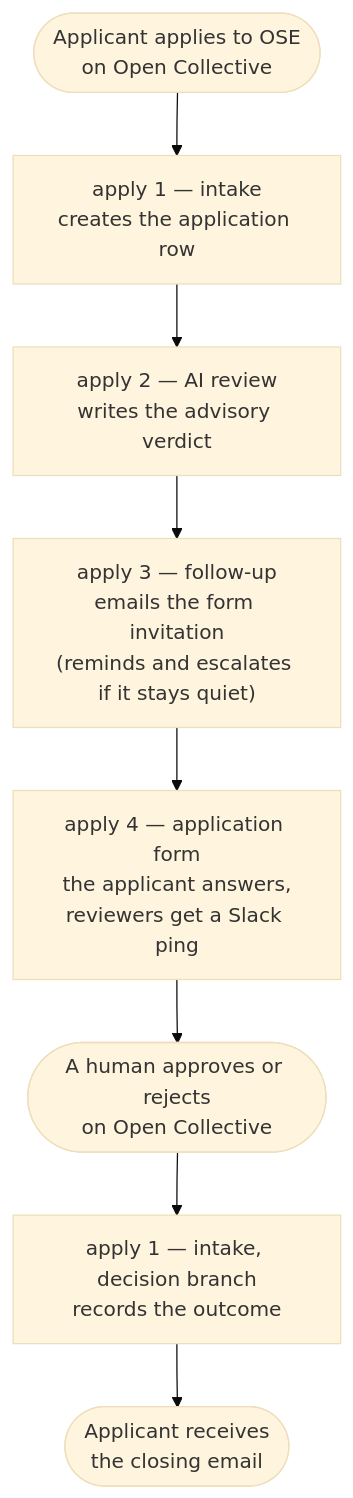
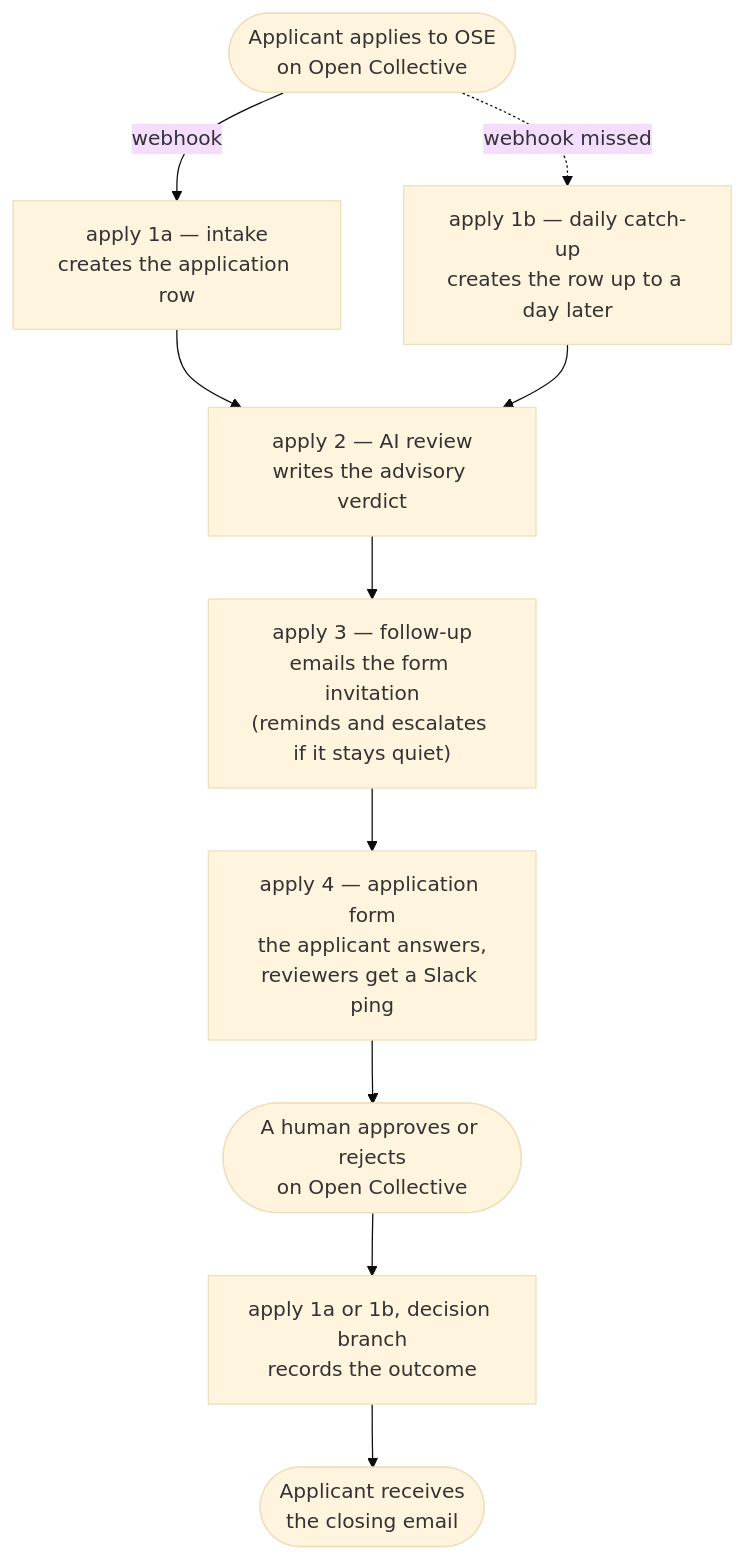
Before and after one commit to Open-Source-Europe/community: the diagram in automation/README.md, drawn with Mermaid (base theme). The commit also changed other lines of this file and 1 other file, not shown here.

Commit message:
docs: rename intake to apply 1a and put the catch-up on the diagram
Refs #13

````diff
--- a/automation/README.md
+++ b/automation/README.md
@@ -51,11 +51,13 @@
 ```mermaid
 flowchart TD
     START(["Applicant applies to OSE<br>on Open Collective"])
-    START --> A1["apply 1 — intake<br>creates the application row"]
-    A1 --> A2["apply 2 — AI review<br>writes the advisory verdict"]
+    START -->|"webhook"| A1a["apply 1a — intake<br>creates the application row"]
+    START -.->|"webhook missed"| A1b["apply 1b — daily catch-up<br>creates the row up to a day later"]
+    A1a --> A2["apply 2 — AI review<br>writes the advisory verdict"]
+    A1b --> A2
     A2 --> A3["apply 3 — follow-up<br>emails the form invitation<br>(reminds and escalates if it stays quiet)"]
     A3 --> A4["apply 4 — application form<br>the applicant answers,<br>reviewers get a Slack ping"]
     A4 --> HUMAN(["A human approves or rejects<br>on Open Collective"])
-    HUMAN --> A5["apply 1 — intake, decision branch<br>records the outcome"]
+    HUMAN --> A5["apply 1a or 1b, decision branch<br>records the outcome"]
     A5 --> END(["Applicant receives<br>the closing email"])
 ```
````
